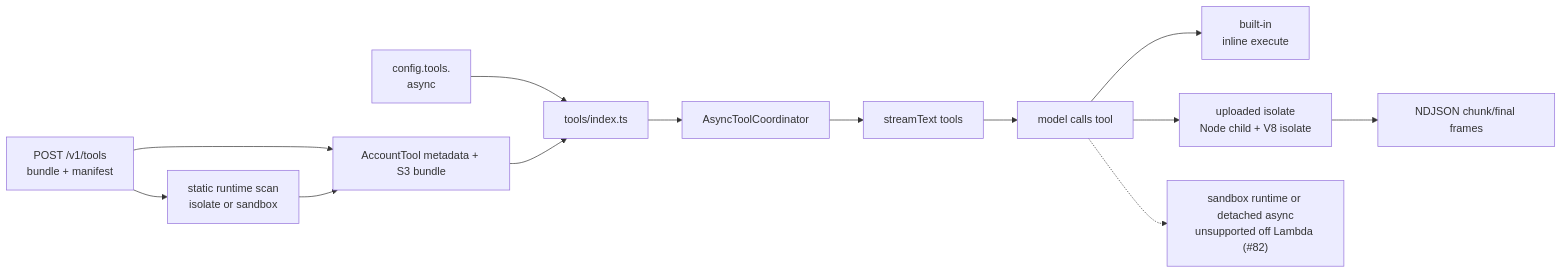
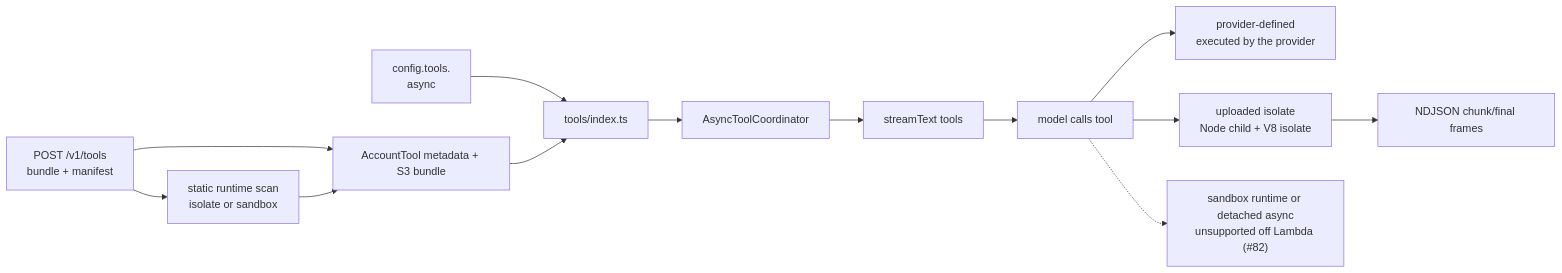
One commit to beeblastco/broods changed the first of 3 diagrams in apps/docs/docs/tools.md. Above: the diagram before and after it, drawn with Mermaid. The commit also changed other lines of this file and 28 other files, not shown here.

````diff
--- a/apps/docs/docs/tools.md
+++ b/apps/docs/docs/tools.md
@@ -7,15 +12,15 @@
 ```mermaid
 flowchart LR
   Upload["POST /v1/tools<br/>bundle + manifest"] --> Store["AccountTool metadata + S3 bundle"]
   Upload --> Scan["static runtime scan<br/>isolate or sandbox"]
   Scan --> Store
   Config["config.tools.<name or toolId><br/>async"] --> Registry["tools/index.ts"]
   Store --> Registry
   Registry --> Wrap["AsyncToolCoordinator"]
   Wrap --> Model["streamText tools"]
   Model --> Call["model calls tool"]
-  Call --> BuiltIn["built-in<br/>inline execute"]
+  Call --> Provider["provider-defined<br/>executed by the provider"]
   Call --> Uploaded["uploaded isolate<br/>Node child + V8 isolate"]
   Uploaded --> Frames["NDJSON chunk/final frames"]
   Call -.-> Deferred["sandbox runtime or detached async<br/>unsupported off Lambda (#82)"]
 ```
````
